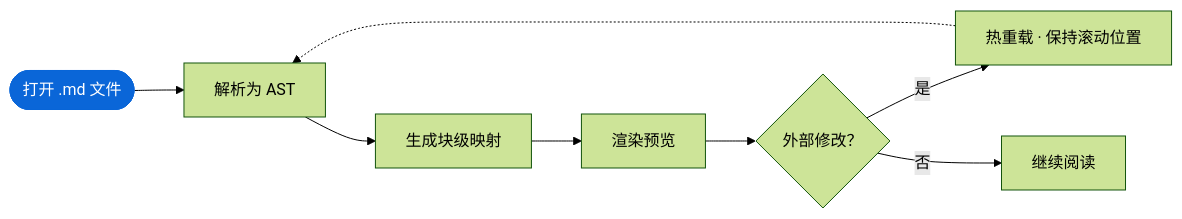
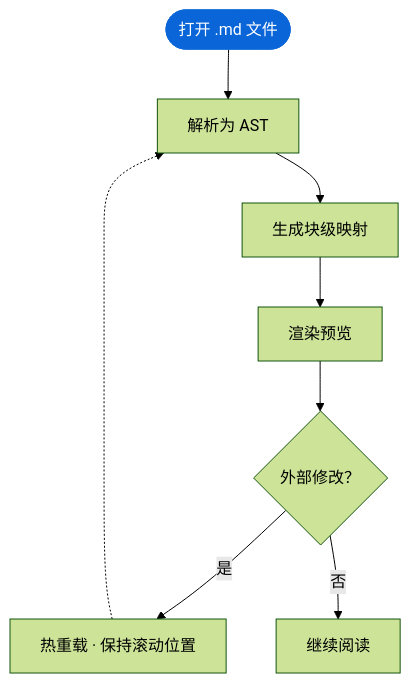
Before and after one commit to kzheart/Dew: the first of 2 diagrams in samples/超级代码块.md, drawn with Mermaid (forest theme). The commit also changed 31 other files, not shown here.

Commit message:
feat(diagram): 渲染 Mermaid、Vega-Lite 与 PlantUML 图表，统一灯箱并在导出中保留

````diff
--- a/samples/超级代码块.md
+++ b/samples/超级代码块.md
@@ -74,10 +74,10 @@
 ```mermaid
-flowchart LR
+flowchart TD
   A([打开 .md 文件]) --> B[解析为 AST] --> C[生成块级映射] --> D[渲染预览]
   D --> E{外部修改？}
   E -- 是 --> F[热重载 · 保持滚动位置]
   F -.-> B
   E -- 否 --> G[继续阅读]
   classDef start fill:#0A66D8,stroke:#0A66D8,color:#FFFFFF
   class A start
 ```
````
